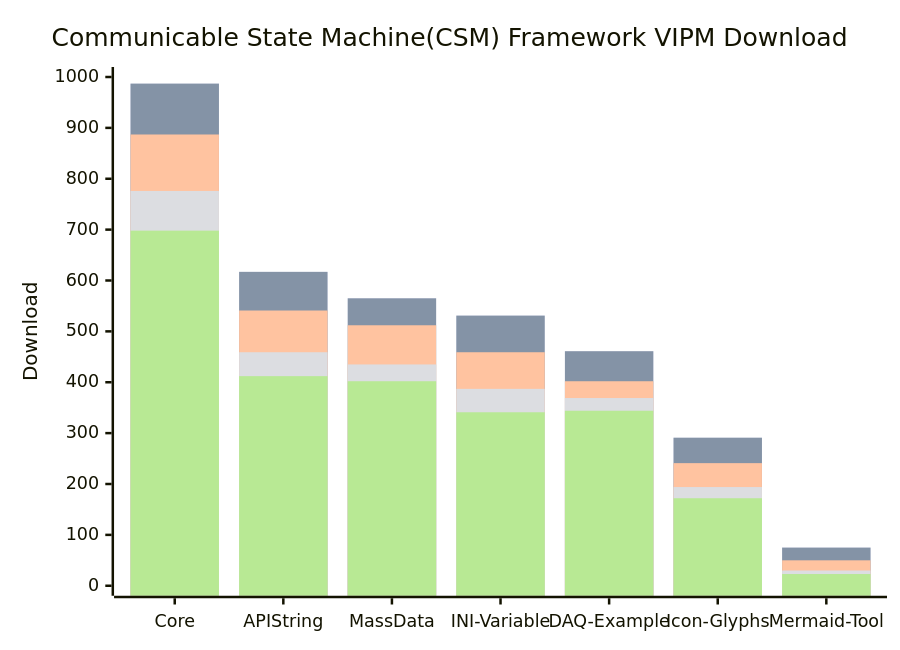
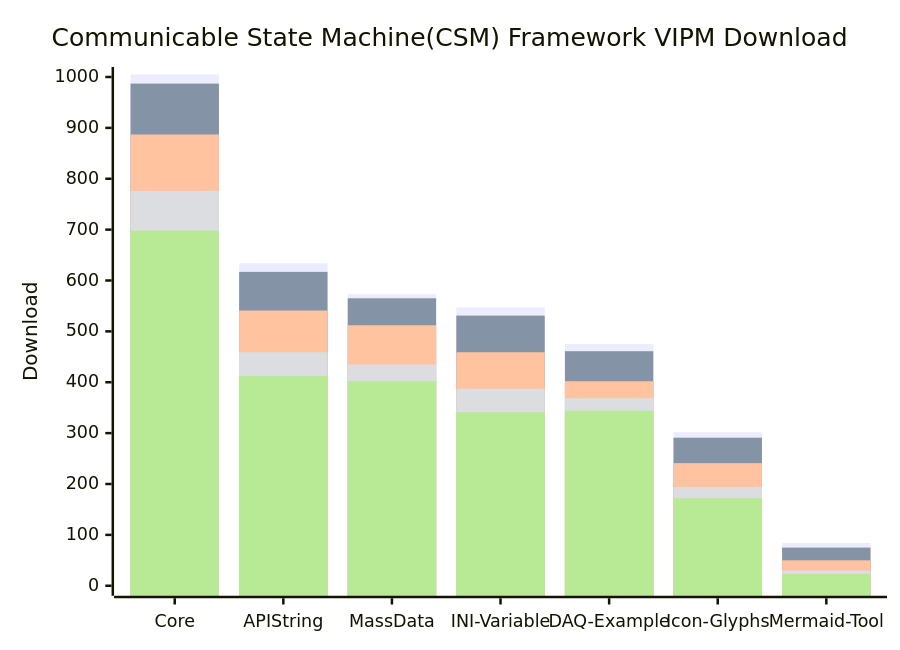
One commit to NEVSTOP-LAB/.github changed the diagram in profile/README.md. Above: the diagram before and after it, drawn with Mermaid.

````diff
--- a/profile/README.md
+++ b/profile/README.md
@@ -31,11 +31,11 @@
 ```mermaid
     xychart-beta
     title "Communicable State Machine(CSM) Framework VIPM Download"
     x-axis [Core, API String, MassData, INI-Variable, DAQ-Example, Icon-Glyphs, Mermaid-Tool]
     y-axis "Download" 0 --> 1000
-    bar   [987, 617, 565, 531, 461, 291, 75]
+    bar   [1005, 634, 573, 547, 475, 302, 84]
     bar   [987, 617, 565, 531, 461, 291, 75]
     bar   [887, 541, 512, 459, 402, 241, 50]
     bar   [776, 459, 435, 387, 369, 194, 30]
     bar   [698, 412, 402, 341, 344, 172, 23]
 ```
````
